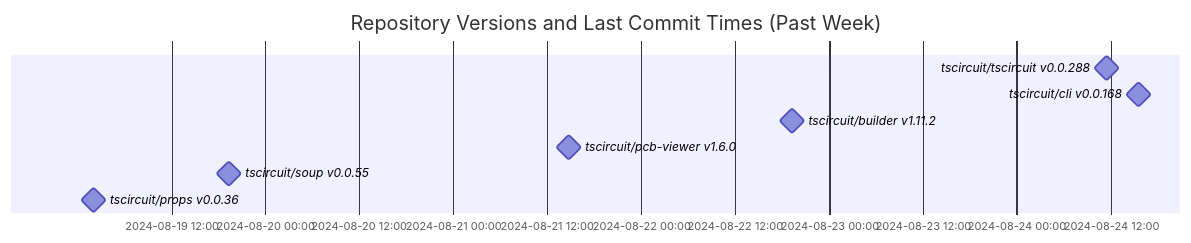
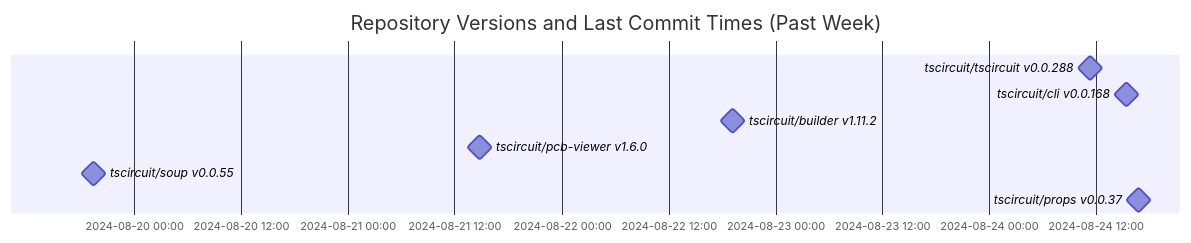
The diagram in README.md (tscircuit/version-tracker), drawn with Mermaid before and after one commit.

Commit message:
Update chart

````diff
--- a/README.md
+++ b/README.md
@@ -1,13 +1,13 @@
 ```mermaid
 gantt
   dateFormat  YYYY-MM-DD HH:mm:ss
   title Repository Versions and Last Commit Times (Past Week)
   axisFormat %Y-%m-%d %H:%M
 
   tscircuit/tscircuit v0.0.288 : milestone, 2024-08-24 11:24:30, 1s
   tscircuit/cli v0.0.168 : milestone, 2024-08-24 15:32:19, 1s
   tscircuit/builder v1.11.2 : milestone, 2024-08-22 19:17:19, 1s
   tscircuit/pcb-viewer v1.6.0 : milestone, 2024-08-21 14:48:25, 1s
   tscircuit/soup v0.0.55 : milestone, 2024-08-19 19:22:24, 1s
-  tscircuit/props v0.0.36 : milestone, 2024-08-19 02:05:19, 1s
+  tscircuit/props v0.0.37 : milestone, 2024-08-24 16:52:00, 1s
 ```
````
